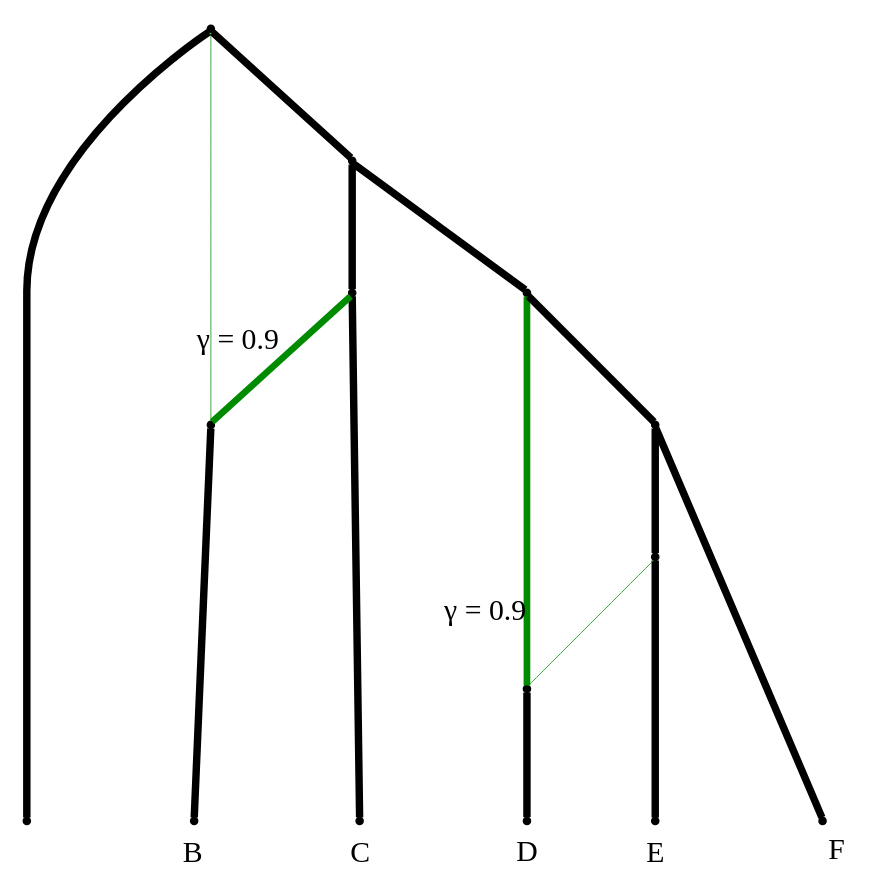
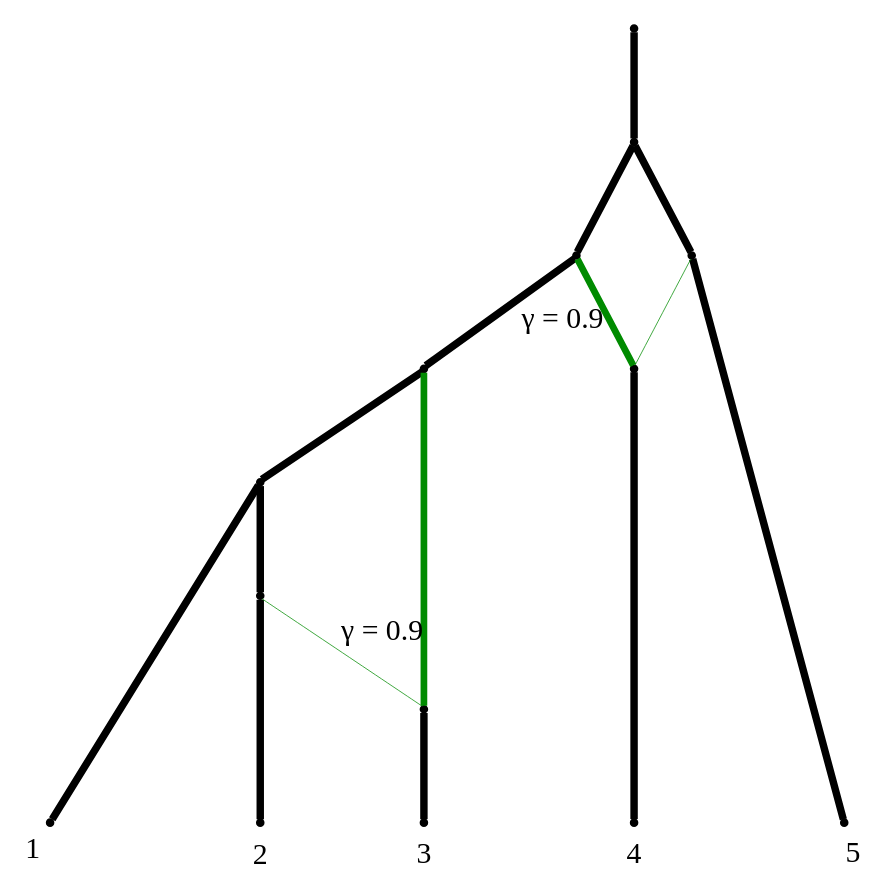
One commit to JuliaPhylo/PhyloNetworks.jl changed the diagram in visualization/drawCF.dot. Above: the diagram before and after it, drawn with Graphviz. The commit also changed 11 other files, not shown here.

```diff
--- a/visualization/drawCF.dot
+++ b/visualization/drawCF.dot
@@ -1,71 +1,71 @@
-Graph { 
-labelloc=b 
+Graph Phylogeny { 
+    labelloc=b 
     ratio="fill"; 
     size="6 ,8"; 
     nodesep=0.5; 
+    splines=line; 
     edge [fontsize=16.0]; 
     node [shape = point] 
     rank=max 1 
-     subgraph    { 1 , 3 , 4 , 5 , 7 , 8 } 
-    1 [label=1] [shape = point] 
+  subgraph    { 2 , 3 , 5 , 6 , 8 } 
+    2 [label=2] [shape = point] 
     3 [label=3] [shape = point] 
-    4 [label=4] [shape = point] 
     5 [label=5] [shape = point] 
-    7 [label=7] [shape = point] 
+    6 [label=6] [shape = point] 
     8 [label=8] [shape = point] 
  
-     1 -- -5 [penwidth=4]; 
+     1 -- -2 [penwidth=4]; 
+     -2 -- -3
+                                  [penwidth=4]; 
+     -3 -- -4
+                                  [penwidth=4]; 
+     -4 -- -5
+                                  [penwidth=4]; 
      -5 -- 2
-                                    [color=green4]
-                                    [penwidth=0.4]; 
-     -5 -- -4
-                                  [penwidth=4]; 
-     -4 -- -6
-                                  [penwidth=4]; 
-     -6 -- 2
-                                    [color=green4]
-                                    [penwidth=3.6]
-                                    [headlabel=" &gamma; = 0.9"]
-                                    [labeldistance = 4.5]
-                                    [labelangle=30.0]; 
-     2 -- 3
-                                  [headlabel=B]
+                                  [headlabel=1]
                                   [labeldistance=2.0]
                                   [labelangle=180.0]
                                   [penwidth=4]; 
-     -6 -- 4
-                                  [headlabel=C]
+     -5 -- -6
+                                  [penwidth=4]; 
+     -6 -- 3
+                                  [headlabel=2]
                                   [labeldistance=2.0]
                                   [labelangle=180.0]
                                   [penwidth=4]; 
-     -4 -- -3
-                                  [penwidth=4]; 
-     -3 -- 6
-                                    [color=green4]
-                                    [penwidth=3.6]
-                                    [headlabel=" &gamma; = 0.9"]
-                                    [labeldistance = 4.5]
-                                    [labelangle=30.0]; 
-     6 -- 5
-                                  [headlabel=D]
+   -6 -- 4
+                                  [color=green4]
+                                  [penwidth=0.4]; 
+   -4 -- 4
+                                  [color=green4]
+                                  [penwidth=3.6]
+                                  [headlabel=" &gamma; = 0.9"]
+                                  [labeldistance = 4.5]
+                                  [labelangle=30.0]; 
+     4 -- 5
+                                  [headlabel=3]
                                   [labeldistance=2.0]
                                   [labelangle=180.0]
                                   [penwidth=4]; 
-     -3 -- -2
+   -3 -- 7
+                                  [color=green4]
+                                  [penwidth=3.6]
+                                  [headlabel=" &gamma; = 0.9"]
+                                  [labeldistance = 4.5]
+                                  [labelangle=30.0]; 
+     7 -- 6
+                                  [headlabel=4]
+                                  [labeldistance=2.0]
+                                  [labelangle=180.0]
                                   [penwidth=4]; 
      -2 -- -9
                                   [penwidth=4]; 
-     -9 -- 6
-                                    [color=green4]
-                                    [penwidth=0.4]; 
-     -9 -- 7
-                                  [headlabel=E]
+     -9 -- 8
+                                  [headlabel=5]
                                   [labeldistance=2.0]
                                   [labelangle=180.0]
                                   [penwidth=4]; 
-     -2 -- 8
-                                  [headlabel=F]
-                                  [labeldistance=2.0]
-                                  [labelangle=180.0]
-                                  [penwidth=4]; 
+   -9 -- 7
+                                  [color=green4]
+                                  [penwidth=0.4]; 
 }
```
